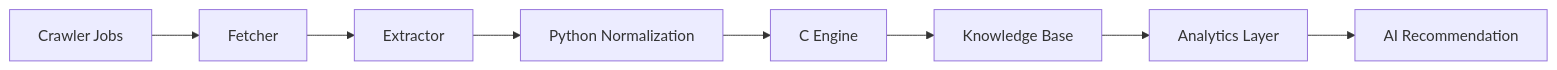
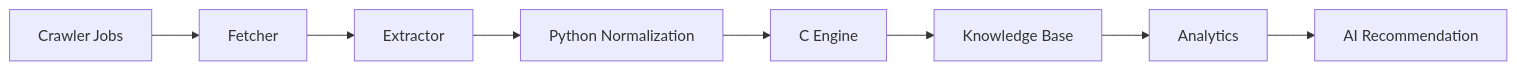
One commit to heinricitorgau/CrawlerNest changed the fourth of 4 diagrams in MASTER_PROJECT_PLAN.md. Above: the diagram before and after it, drawn with Mermaid. The commit also changed other lines of this file, not shown here.

````diff
--- a/MASTER_PROJECT_PLAN.md
+++ b/MASTER_PROJECT_PLAN.md
@@ -495,10 +332,10 @@
 ```mermaid
 graph LR
     JOBS[Crawler Jobs] --> FETCH[Fetcher]
     FETCH --> EXT[Extractor]
     EXT --> NORM_PY[Python Normalization]
     NORM_PY --> NORM_C[C Engine]
     NORM_C --> DB[Knowledge Base]
-    DB --> ANA[Analytics Layer]
+    DB --> ANA[Analytics]
     ANA --> AI[AI Recommendation]
 ```
````
